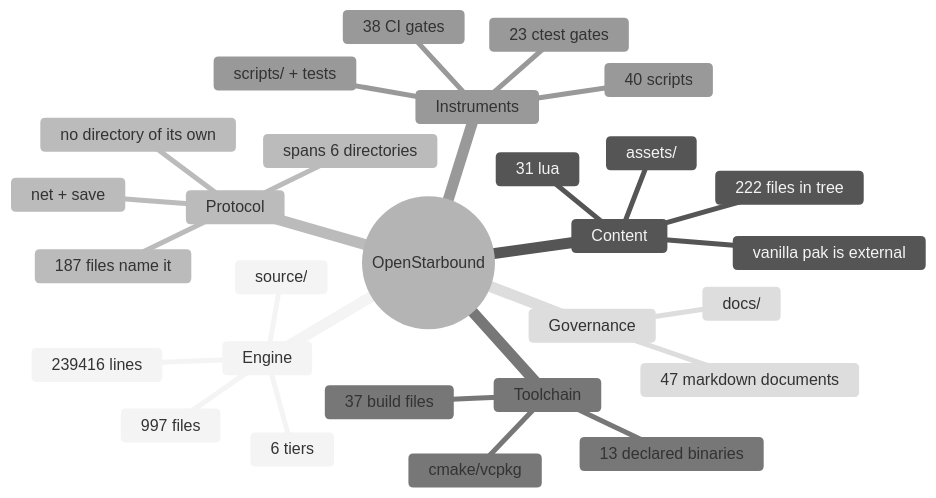
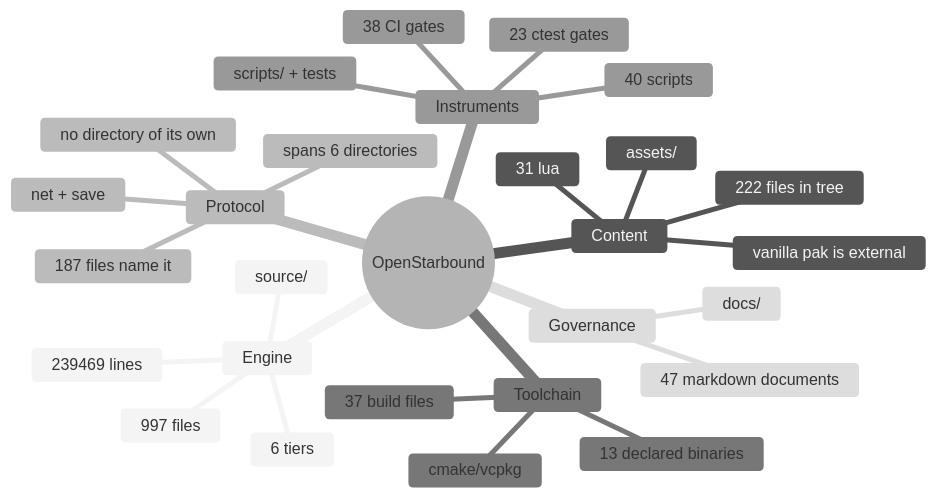
One commit to apnex/OpenStarbound changed the second of 11 diagrams in docs/architecture/system-boundaries.md. Above: the diagram before and after it, drawn with Mermaid (neutral theme). The commit also changed other lines of this file and 5 other files, not shown here.

````diff
--- a/docs/architecture/system-boundaries.md
+++ b/docs/architecture/system-boundaries.md
@@ -166,31 +166,31 @@
 ```mermaid
 mindmap
   root((OpenStarbound))
     Engine
       source/
       997 files
-      239416 lines
+      239469 lines
       6 tiers
     Content
       assets/
       222 files in tree
       31 lua
       vanilla pak is external
     Protocol
       net + save
       187 files name it
       spans 6 directories
       no directory of its own
     Toolchain
       cmake/vcpkg
       37 build files
       13 declared binaries
     Instruments
       scripts/ + tests
       40 scripts
       23 ctest gates
       38 CI gates
     Governance
       docs/
       47 markdown documents
 ```
````
